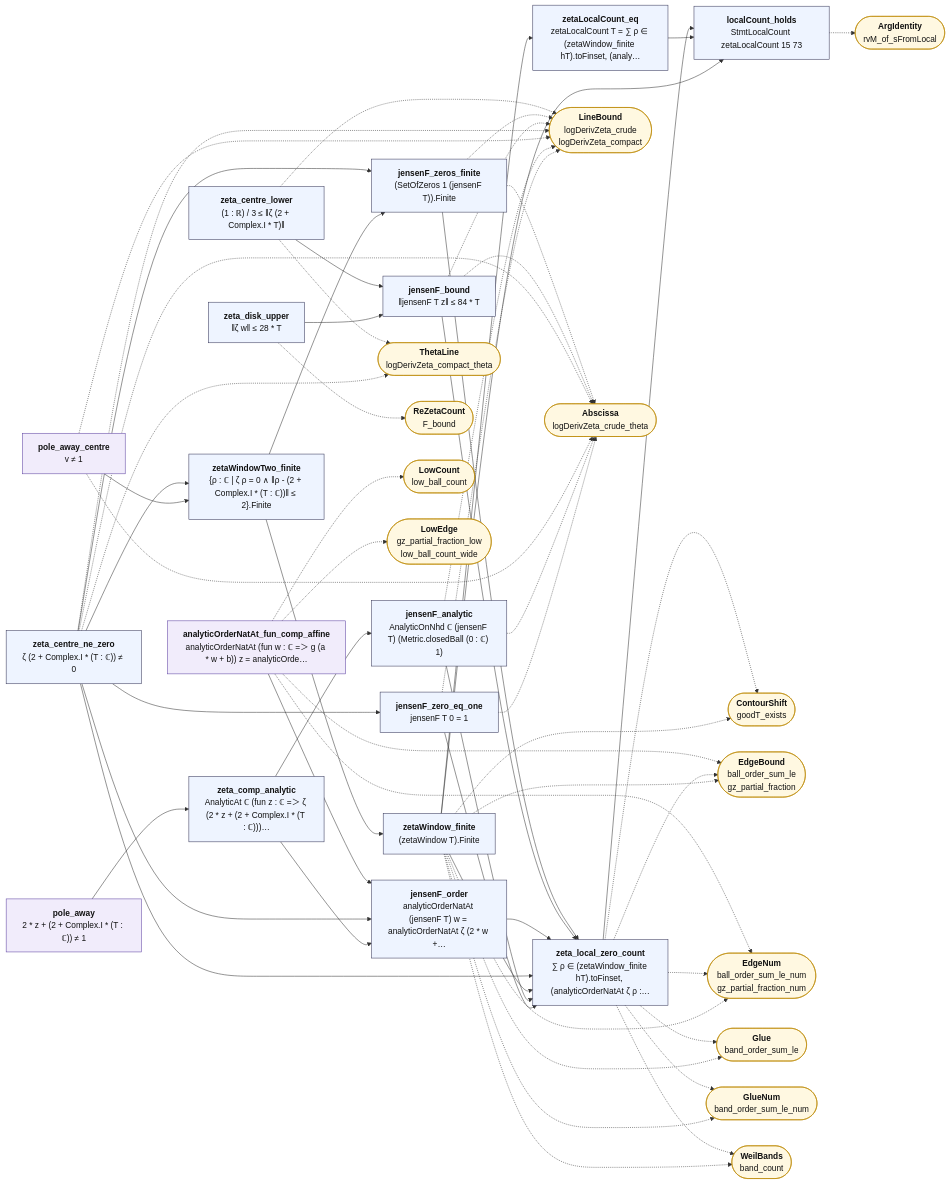
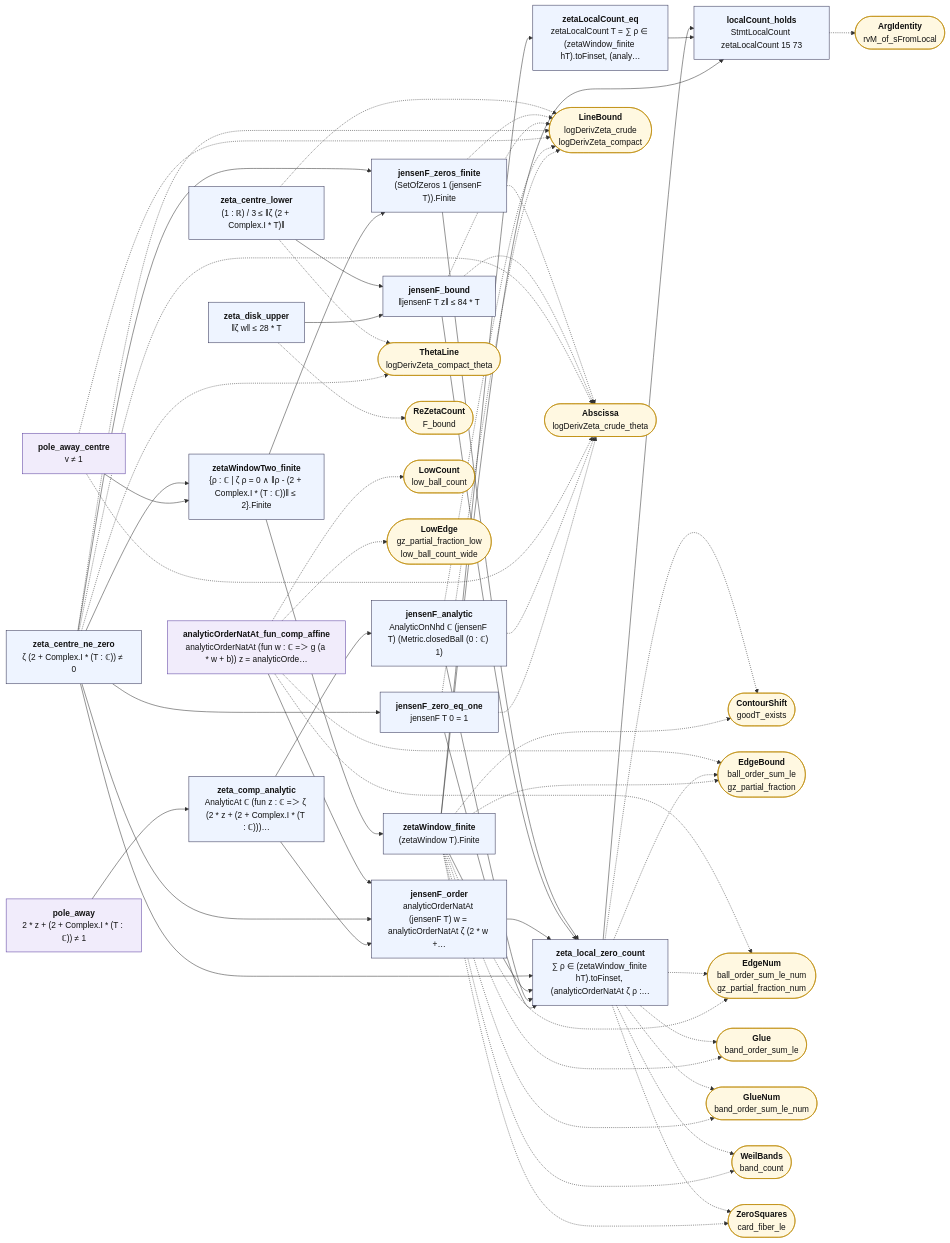
Before and after one commit to juliansambranojr/Primebeat_081426: the diagram in map/lean_stage3/JensenCount.mmd, drawn with Mermaid. The commit also changed 31 other files, not shown here.

```diff
--- a/map/lean_stage3/JensenCount.mmd
+++ b/map/lean_stage3/JensenCount.mmd
@@ -1,96 +1,99 @@
 flowchart LR
   n0["<b>zeta_centre_lower</b><br/>(1 : ℝ) / 3 ≤ ‖ζ (2 + Complex.I * T)‖"]:::thm
   n1["<b>zeta_disk_upper</b><br/>‖ζ w‖ ≤ 28 * T"]:::thm
   n2["<b>zeta_centre_ne_zero</b><br/>ζ (2 + Complex.I * (T : ℂ)) ≠ 0"]:::thm
   n3["<b>pole_away</b><br/>2 * z + (2 + Complex.I * (T : ℂ)) ≠ 1"]:::shp
   n4["<b>pole_away_centre</b><br/>v ≠ 1"]:::shp
   n5["<b>zetaWindowTwo_finite</b><br/>{ρ : ℂ | ζ ρ = 0 ∧ ‖ρ - (2 + Complex.I * (T : ℂ))‖ ≤ 2}.Finite"]:::thm
   n6["<b>zetaWindow_finite</b><br/>(zetaWindow T).Finite"]:::thm
   n7["<b>zeta_comp_analytic</b><br/>AnalyticAt ℂ (fun z : ℂ =＞ ζ (2 * z + (2 + Complex.I * (T : ℂ)))…"]:::thm
   n8["<b>jensenF_analytic</b><br/>AnalyticOnNhd ℂ (jensenF T) (Metric.closedBall (0 : ℂ) 1)"]:::thm
   n9["<b>jensenF_zero_eq_one</b><br/>jensenF T 0 = 1"]:::thm
   n10["<b>jensenF_zeros_finite</b><br/>(SetOfZeros 1 (jensenF T)).Finite"]:::thm
   n11["<b>jensenF_bound</b><br/>‖jensenF T z‖ ≤ 84 * T"]:::thm
   n12["<b>analyticOrderNatAt_fun_comp_affine</b><br/>analyticOrderNatAt (fun w : ℂ =＞ g (a * w + b)) z = analyticOrde…"]:::shp
   n13["<b>jensenF_order</b><br/>analyticOrderNatAt (jensenF T) w = analyticOrderNatAt ζ (2 * w +…"]:::thm
   n14["<b>zeta_local_zero_count</b><br/>∑ ρ ∈ (zetaWindow_finite hT).toFinset, (analyticOrderNatAt ζ ρ :…"]:::thm
   n15["<b>zetaLocalCount_eq</b><br/>zetaLocalCount T = ∑ ρ ∈ (zetaWindow_finite hT).toFinset, (analy…"]:::thm
   n16["<b>localCount_holds</b><br/>StmtLocalCount zetaLocalCount 15 73"]:::thm
   x0(["<b>LineBound</b><br/>logDerivZeta_crude<br/>logDerivZeta_compact"]):::ext
   x1(["<b>ThetaLine</b><br/>logDerivZeta_compact_theta"]):::ext
   x2(["<b>ReZetaCount</b><br/>F_bound"]):::ext
   x3(["<b>Abscissa</b><br/>logDerivZeta_crude_theta"]):::ext
   x4(["<b>ContourShift</b><br/>goodT_exists"]):::ext
   x5(["<b>EdgeBound</b><br/>ball_order_sum_le<br/>gz_partial_fraction"]):::ext
   x6(["<b>EdgeNum</b><br/>ball_order_sum_le_num<br/>gz_partial_fraction_num"]):::ext
   x7(["<b>Glue</b><br/>band_order_sum_le"]):::ext
   x8(["<b>GlueNum</b><br/>band_order_sum_le_num"]):::ext
   x9(["<b>WeilBands</b><br/>band_count"]):::ext
-  x10(["<b>LowCount</b><br/>low_ball_count"]):::ext
-  x11(["<b>LowEdge</b><br/>gz_partial_fraction_low<br/>low_ball_count_wide"]):::ext
-  x12(["<b>ArgIdentity</b><br/>rvM_of_sFromLocal"]):::ext
+  x10(["<b>ZeroSquares</b><br/>card_fiber_le"]):::ext
+  x11(["<b>LowCount</b><br/>low_ball_count"]):::ext
+  x12(["<b>LowEdge</b><br/>gz_partial_fraction_low<br/>low_ball_count_wide"]):::ext
+  x13(["<b>ArgIdentity</b><br/>rvM_of_sFromLocal"]):::ext
   n0 --> n11
   n1 --> n11
   n10 --> n14
   n11 --> n14
   n12 --> n13
   n13 --> n14
   n14 --> n16
   n15 --> n16
   n2 --> n10
   n2 --> n13
   n2 --> n14
   n2 --> n5
   n2 --> n9
   n3 --> n7
   n4 --> n5
   n5 --> n10
   n5 --> n6
   n6 --> n14
   n6 --> n15
   n6 --> n16
   n7 --> n13
   n7 --> n8
   n8 --> n14
   n9 --> n14
   n0 -.-> x0
   n0 -.-> x1
   n1 -.-> x2
   n10 -.-> x0
   n10 -.-> x3
   n11 -.-> x0
   n11 -.-> x3
-  n12 -.-> x10
   n12 -.-> x11
+  n12 -.-> x12
   n12 -.-> x5
   n12 -.-> x6
+  n14 -.-> x10
   n14 -.-> x4
   n14 -.-> x5
   n14 -.-> x6
   n14 -.-> x7
   n14 -.-> x8
   n14 -.-> x9
-  n16 -.-> x12
+  n16 -.-> x13
   n2 -.-> x0
   n2 -.-> x1
   n2 -.-> x3
   n4 -.-> x0
   n4 -.-> x3
+  n6 -.-> x10
   n6 -.-> x4
   n6 -.-> x5
   n6 -.-> x6
   n6 -.-> x7
   n6 -.-> x8
   n6 -.-> x9
   n8 -.-> x0
   n8 -.-> x3
   n9 -.-> x0
   n9 -.-> x3
   classDef cnt fill:#dff5ec,stroke:#17694a,color:#111
   classDef shp fill:#f1ecfb,stroke:#5b3fa0,color:#111
   classDef rh fill:#ffe5e5,stroke:#c22,color:#111,stroke-width:2px
   classDef thm fill:#eef4ff,stroke:#335,color:#111
   classDef end_ fill:#e7f7e7,stroke:#2a7,color:#111,stroke-width:2px
   classDef lone fill:#fff,stroke:#999,color:#111,stroke-dasharray:4 3
   classDef bad fill:#ffe5e5,stroke:#c22,color:#111,stroke-width:2px
   classDef ext fill:#fff8e1,stroke:#b80,color:#111
```
